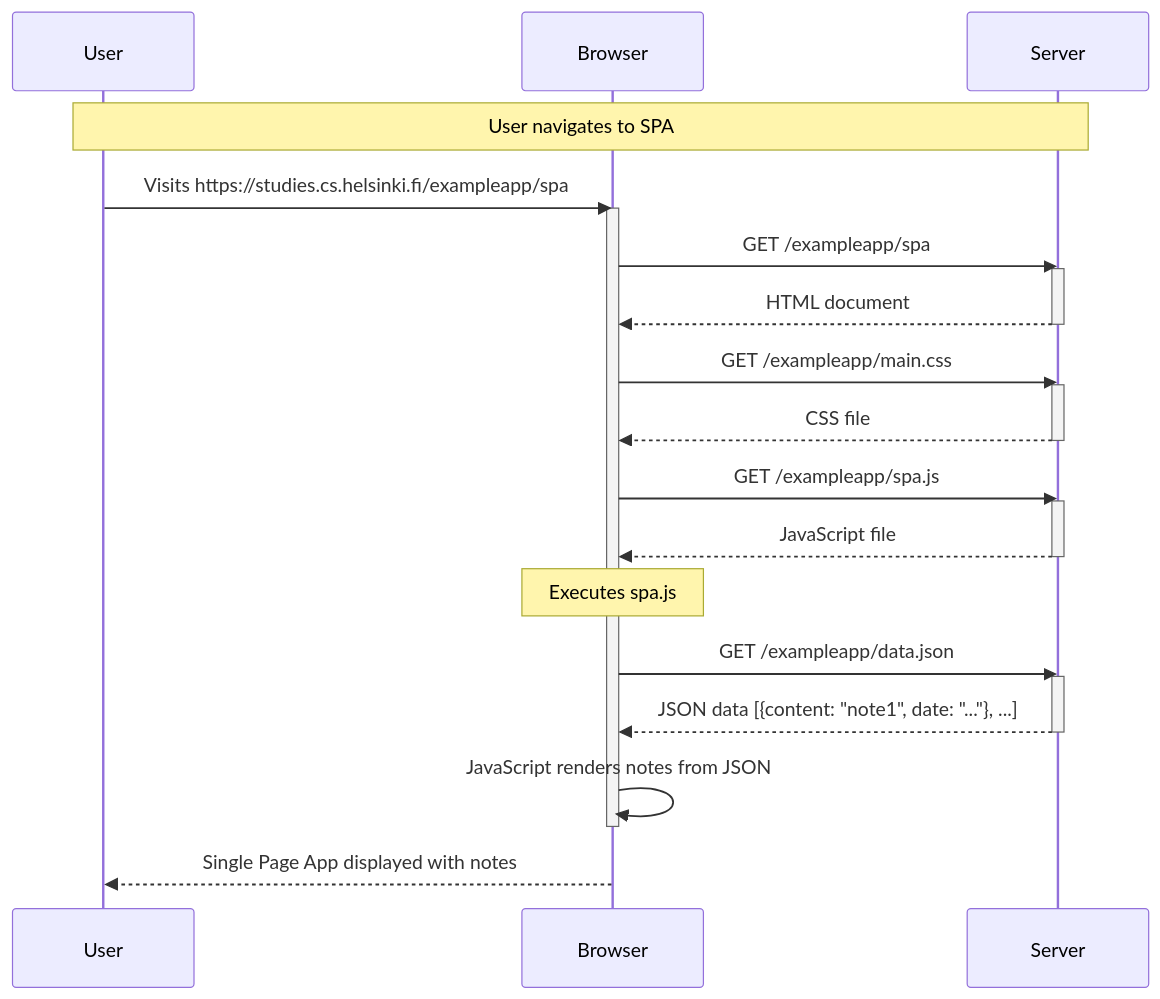
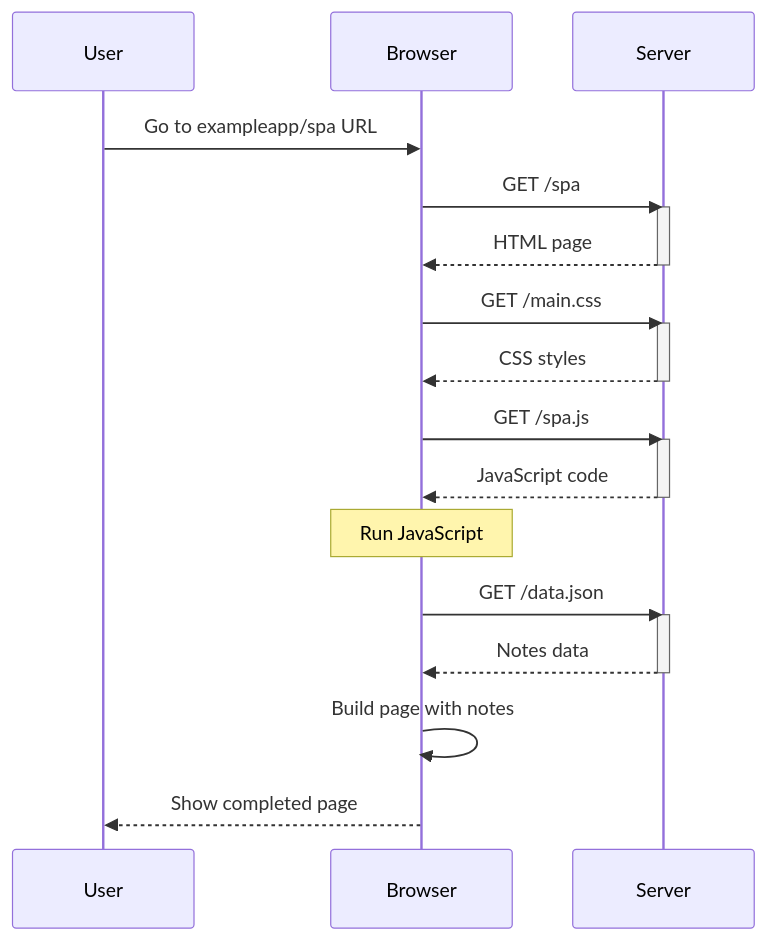
Before and after one commit to VigneshRanga/fullstack-open: the diagram in Part0/0.5.md, drawn with Mermaid.

````diff
--- a/Part0/0.5.md
+++ b/Part0/0.5.md
@@ -3,37 +3,32 @@
 ```mermaid
 sequenceDiagram
-    participant User
-    participant Browser
-    participant Server
+    participant U as User
+    participant B as Browser
+    participant S as Server
 
-    Note over User, Server: User navigates to SPA
-
-    User->>Browser: Visits https://studies.cs.helsinki.fi/exampleapp/spa
-    activate Browser
+    U->>B: Go to exampleapp/spa URL
     
-    Browser->>Server: GET /exampleapp/spa
-    activate Server
-    Server-->>Browser: HTML document
-    deactivate Server
+    B->>S: GET /spa
+    activate S
+    S-->>B: HTML page
+    deactivate S
     
-    Browser->>Server: GET /exampleapp/main.css
-    activate Server
-    Server-->>Browser: CSS file
-    deactivate Server
+    B->>S: GET /main.css
+    activate S
+    S-->>B: CSS styles
+    deactivate S
     
-    Browser->>Server: GET /exampleapp/spa.js
-    activate Server
-    Server-->>Browser: JavaScript file
-    deactivate Server
+    B->>S: GET /spa.js
+    activate S
+    S-->>B: JavaScript code
+    deactivate S
     
-    Note over Browser: Executes spa.js
-    Browser->>Server: GET /exampleapp/data.json
-    activate Server
-    Server-->>Browser: JSON data [{content: "note1", date: "..."}, ...]
-    deactivate Server
+    Note over B: Run JavaScript
+    B->>S: GET /data.json
+    activate S
+    S-->>B: Notes data
+    deactivate S
     
-    Browser->>Browser: JavaScript renders notes from JSON
-    deactivate Browser
-    
-    Browser-->>User: Single Page App displayed with notes
+    B->>B: Build page with notes
+    B-->>U: Show completed page
 ```
````
